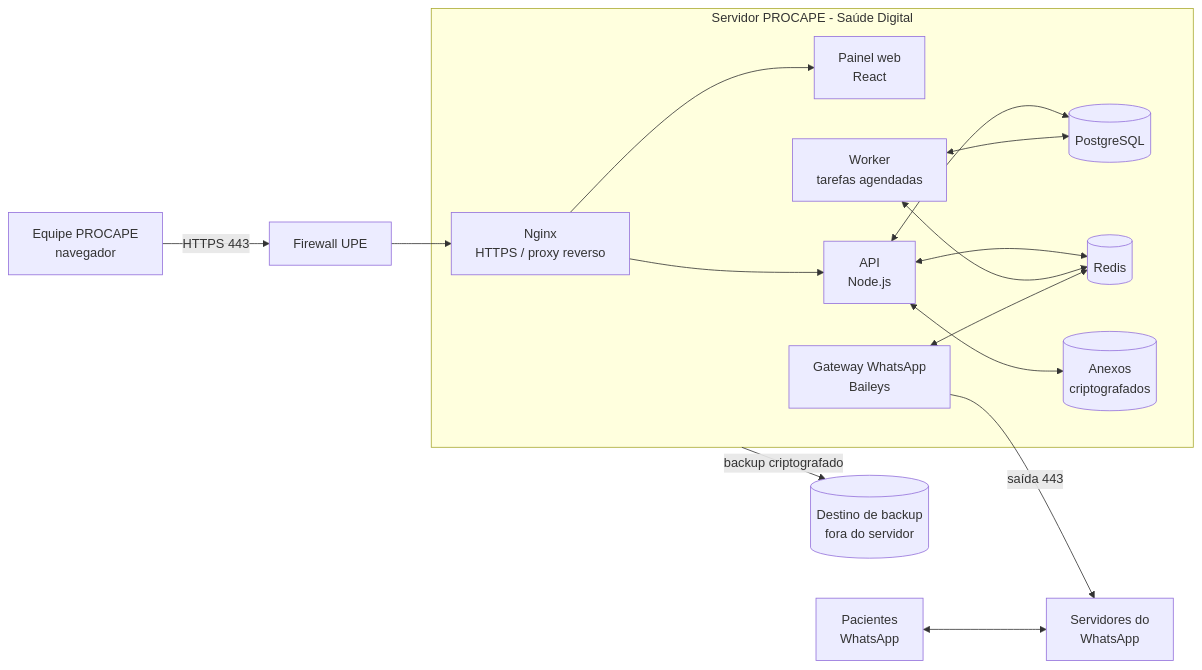
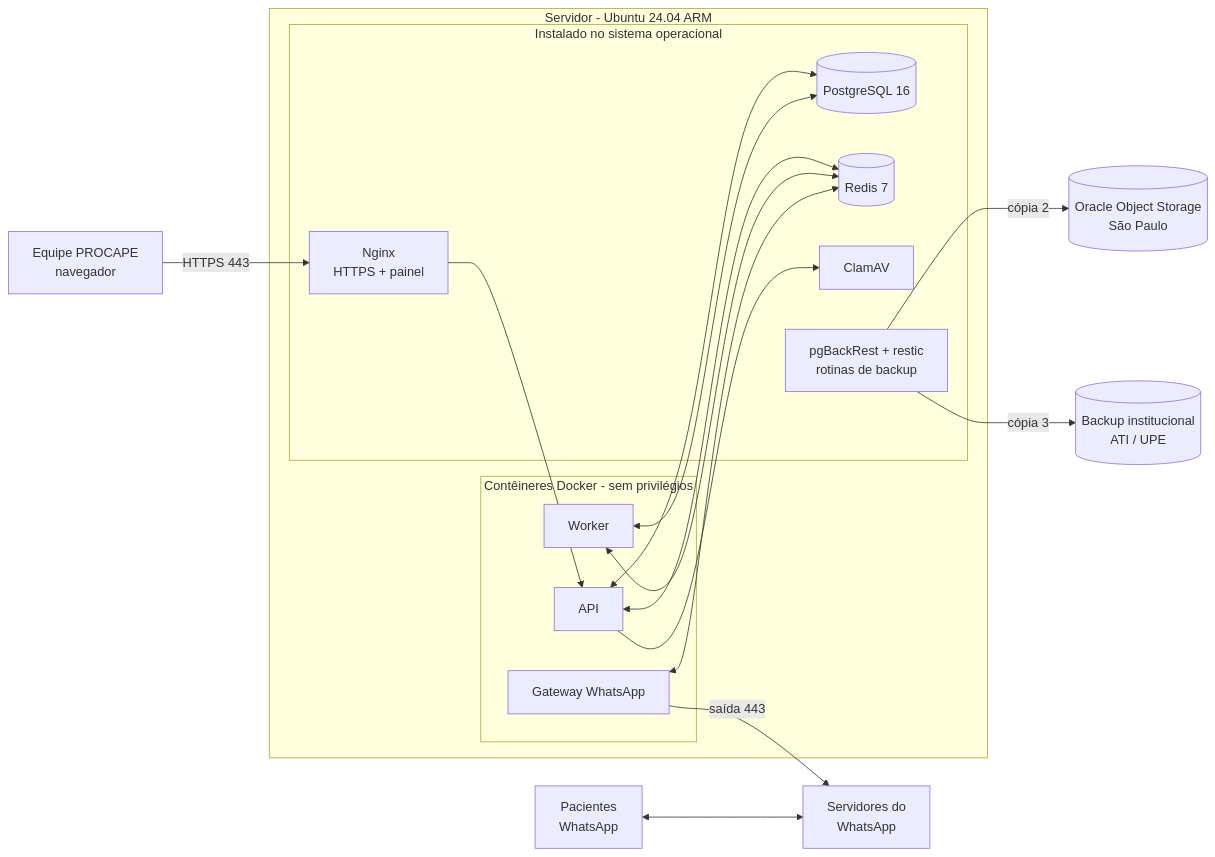
Before and after one commit to thompsoncysneiros/json-server-template: the diagram in docs/NECESSIDADES_TECNICAS.md, drawn with Mermaid. The commit also changed other lines of this file and 4 other files, not shown here.

First line of the commit message:
Plan Oracle Free Tier hosting, hybrid production model, LGPD-driven backup and data protection plan

````diff
--- a/docs/NECESSIDADES_TECNICAS.md
+++ b/docs/NECESSIDADES_TECNICAS.md
@@ -45,28 +52,31 @@
 ```mermaid
 flowchart LR
     P[Pacientes<br/>WhatsApp] <--> WA[Servidores do<br/>WhatsApp]
-    E[Equipe PROCAPE<br/>navegador] -- HTTPS 443 --> FW[Firewall UPE]
+    E[Equipe PROCAPE<br/>navegador] -- HTTPS 443 --> NG
 
-    subgraph VM[Servidor PROCAPE - Saúde Digital]
-      NG[Nginx<br/>HTTPS / proxy reverso]
-      WEB[Painel web<br/>React]
-      API[API<br/>Node.js]
-      WK[Worker<br/>tarefas agendadas]
-      GW[Gateway WhatsApp<br/>Baileys]
-      DB[(PostgreSQL)]
-      RD[(Redis)]
-      AN[(Anexos<br/>criptografados)]
+    subgraph VM[Servidor - Ubuntu 24.04 ARM]
+      subgraph HOST[Instalado no sistema operacional]
+        NG[Nginx<br/>HTTPS + painel]
+        DB[(PostgreSQL 16)]
+        RD[(Redis 7)]
+        AV[ClamAV]
+        BK[pgBackRest + restic<br/>rotinas de backup]
+      end
+      subgraph DK[Contêineres Docker - sem privilégios]
+        API[API]
+        WK[Worker]
+        GW[Gateway WhatsApp]
+      end
     end
 
-    FW --> NG
-    NG --> WEB
     NG --> API
     API <--> DB
     API <--> RD
+    WK <--> DB
     WK <--> RD
-    WK <--> DB
     GW <--> RD
     GW -- saída 443 --> WA
-    API <--> AN
-    VM -- backup criptografado --> BK[(Destino de backup<br/>fora do servidor)]
+    API --> AV
+    BK -- cópia 2 --> OS[(Oracle Object Storage<br/>São Paulo)]
+    BK -- cópia 3 --> UPE[(Backup institucional<br/>ATI / UPE)]
 ```
````
